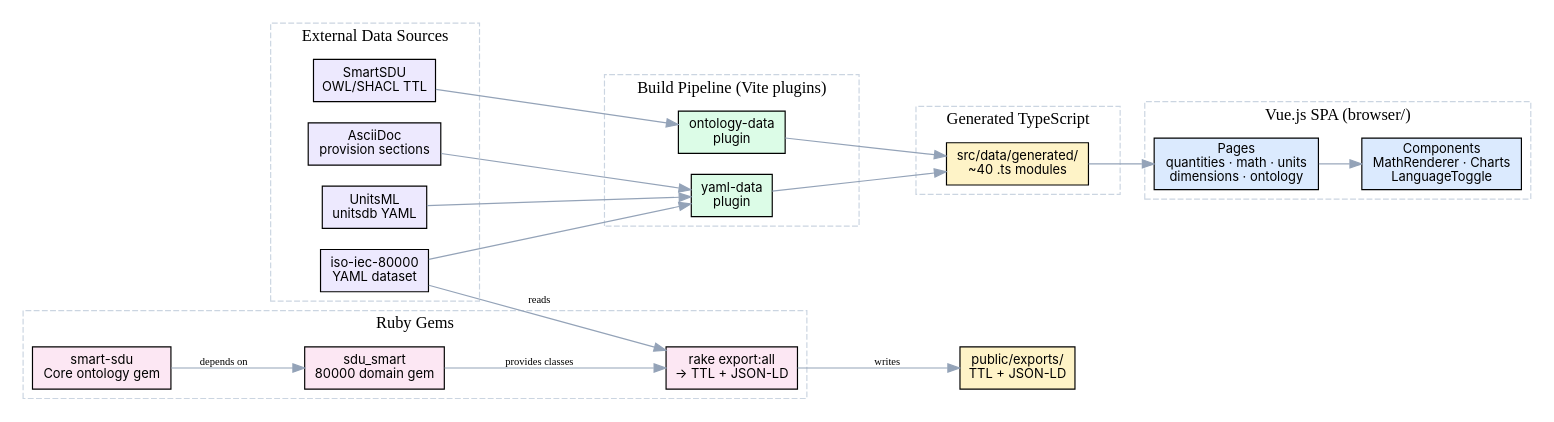
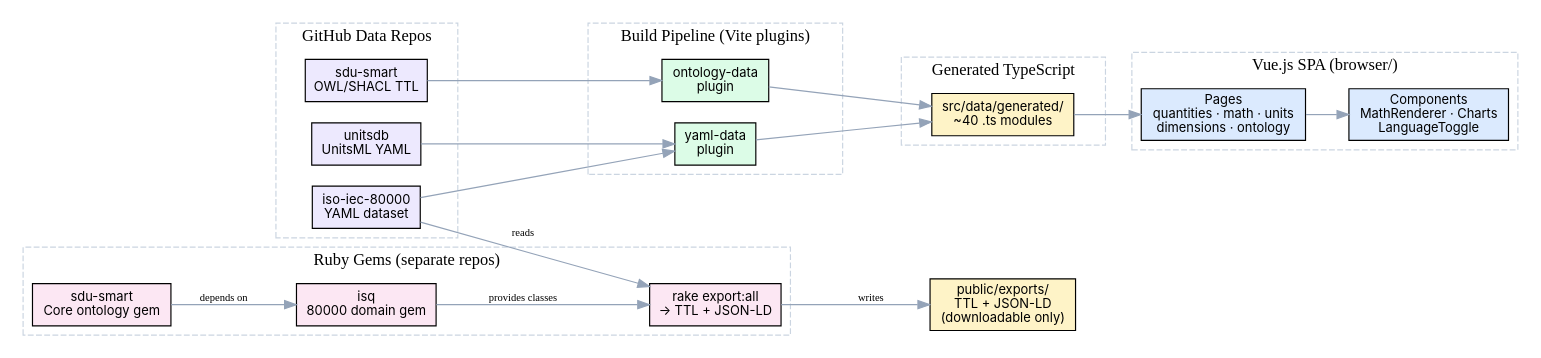
One commit to metanorma/isq-smart changed the diagram in README.adoc. Above: the diagram before and after it, drawn with Graphviz. The commit also changed other lines of this file and 1 other file, not shown here.

First line of the commit message:
Update documentation for browser-only monorepo architecture

```diff
--- a/README.adoc
+++ b/README.adoc
@@ -16,65 +80,63 @@
 [graphviz, architecture, svg]
 ----
 digraph {
   rankdir=LR
   node [shape=box, style=filled, fillcolor="#f8fafc", fontname="Inter", fontsize=11]
   edge [color="#94a3b8", fontsize=9]
 
   subgraph cluster_sources {
-    label="External Data Sources"
+    label="GitHub Data Repos"
     style=dashed
     color="#cbd5e1"
     iso_yaml [label="iso-iec-80000\nYAML dataset" fillcolor="#ede9fe"]
-    unitsml [label="UnitsML\nunitsdb YAML" fillcolor="#ede9fe"]
-    turtle [label="SmartSDU\nOWL/SHACL TTL" fillcolor="#ede9fe"]
-    adoc [label="AsciiDoc\nprovision sections" fillcolor="#ede9fe"]
+    unitsml [label="unitsdb\nUnitsML YAML" fillcolor="#ede9fe"]
+    turtle [label="sdu-smart\nOWL/SHACL TTL" fillcolor="#ede9fe"]
   }
 
   subgraph cluster_build {
     label="Build Pipeline (Vite plugins)"
     style=dashed
     color="#cbd5e1"
     yaml_plugin [label="yaml-data\nplugin" fillcolor="#dcfce7"]
     onto_plugin [label="ontology-data\nplugin" fillcolor="#dcfce7"]
   }
 
   subgraph cluster_output {
     label="Generated TypeScript"
     style=dashed
     color="#cbd5e1"
     gen [label="src/data/generated/\n~40 .ts modules" fillcolor="#fef3c7"]
   }
 
   subgraph cluster_app {
     label="Vue.js SPA (browser/)"
     style=dashed
     color="#cbd5e1"
     pages [label="Pages\nquantities · math · units\ndimensions · ontology" fillcolor="#dbeafe"]
     components [label="Components\nMathRenderer · Charts\nLanguageToggle" fillcolor="#dbeafe"]
   }
 
   subgraph cluster_ruby {
-    label="Ruby Gems"
+    label="Ruby Gems (separate repos)"
     style=dashed
     color="#cbd5e1"
-    smart_sdu [label="smart-sdu\nCore ontology gem" fillcolor="#fce7f3"]
-    isq_gem [label="sdu_smart\n80000 domain gem" fillcolor="#fce7f3"]
+    smart_sdu [label="sdu-smart\nCore ontology gem" fillcolor="#fce7f3"]
+    isq_gem [label="isq\n80000 domain gem" fillcolor="#fce7f3"]
     rake [label="rake export:all\n→ TTL + JSON-LD" fillcolor="#fce7f3"]
   }
 
   iso_yaml -> yaml_plugin
   unitsml -> yaml_plugin
-  adoc -> yaml_plugin
   turtle -> onto_plugin
   yaml_plugin -> gen
   onto_plugin -> gen
   gen -> pages
   pages -> components
 
   smart_sdu -> isq_gem [label="depends on"]
   iso_yaml -> rake [label="reads"]
   isq_gem -> rake [label="provides classes"]
   rake -> exports [label="writes"]
-  exports [label="public/exports/\nTTL + JSON-LD" fillcolor="#fef3c7"]
+  exports [label="public/exports/\nTTL + JSON-LD\n(downloadable only)" fillcolor="#fef3c7"]
 }
 ----
```
